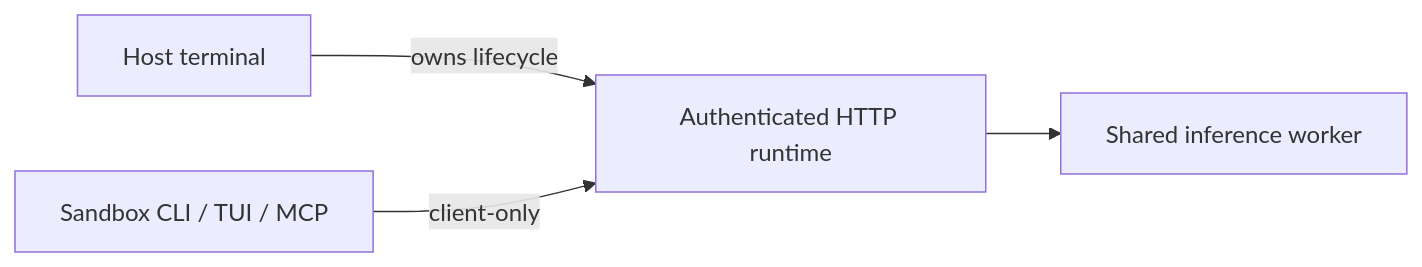
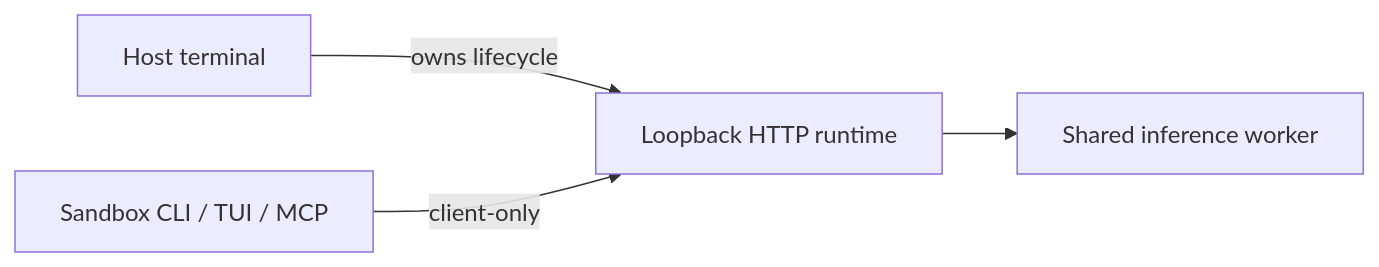
Before and after one commit to risense-ai/respire-cli: the diagram in docs/runtime.md, drawn with Mermaid. The commit also changed other lines of this file and 9 other files, not shown here.

First line of the commit message:
Allow loopback runtime clients without an RPC token

````diff
--- a/docs/runtime.md
+++ b/docs/runtime.md
@@ -3,6 +3,6 @@
 ```mermaid
 flowchart LR
-  Host[Host terminal] -->|owns lifecycle| Runtime[Authenticated HTTP runtime]
+  Host[Host terminal] -->|owns lifecycle| Runtime[Loopback HTTP runtime]
   Sandbox[Sandbox CLI / TUI / MCP] -->|client-only| Runtime
   Runtime --> Worker[Shared inference worker]
 ```
````
